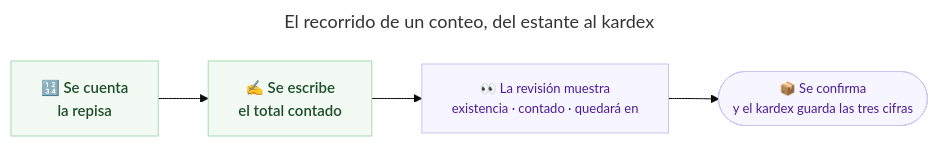
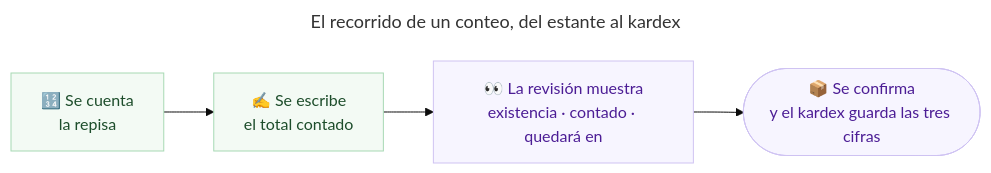
The first of 2 diagrams in ada/qa/e2e-conteo-de-inventario.md (sotobotero/sotobotero-projects-docs), drawn with Mermaid (base theme) before and after one commit. The commit also changed other lines of this file and 6 other files, not shown here.

````diff
--- a/ada/qa/e2e-conteo-de-inventario.md
+++ b/ada/qa/e2e-conteo-de-inventario.md
@@ -16,15 +16,15 @@
 ```mermaid
 ---
 title: El recorrido de un conteo, del estante al kardex
 ---
 flowchart LR
     E["🔢 Se cuenta<br/>la repisa"]:::paso
     T["✍️ Se escribe<br/>el total contado"]:::paso
     R["👀 La revisión muestra<br/>existencia · contado · quedará en"]:::sistema
     K(["📦 Se confirma<br/>y el kardex guarda las tres cifras"]):::sistema
 
     E --> T --> R --> K
 
-    classDef paso fill:#f3faf4,stroke:#a7d9b4,stroke-width:1px,color:#1d4d2b,font-size:15px,font-weight:600
-    classDef sistema fill:#f7f5ff,stroke:#cfc3f2,stroke-width:1px,color:#4c1d95,font-size:13px
+    classDef paso fill:#f3faf4,stroke:#a7d9b4,stroke-width:1px,color:#1d4d2b
+    classDef sistema fill:#f7f5ff,stroke:#cfc3f2,stroke-width:1px,color:#4c1d95
 ```
````
